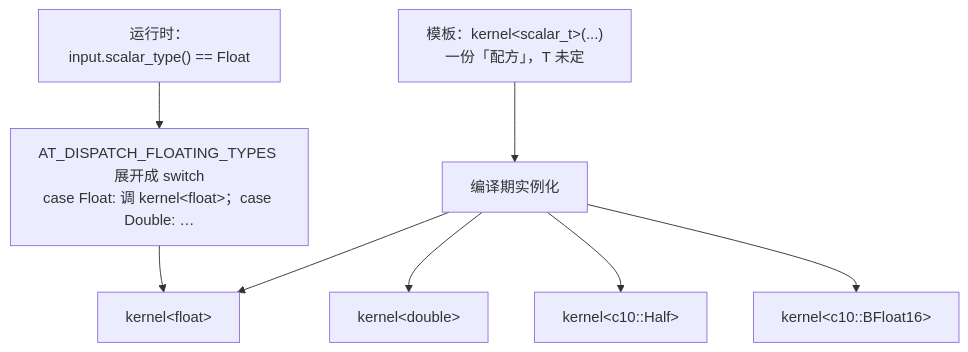
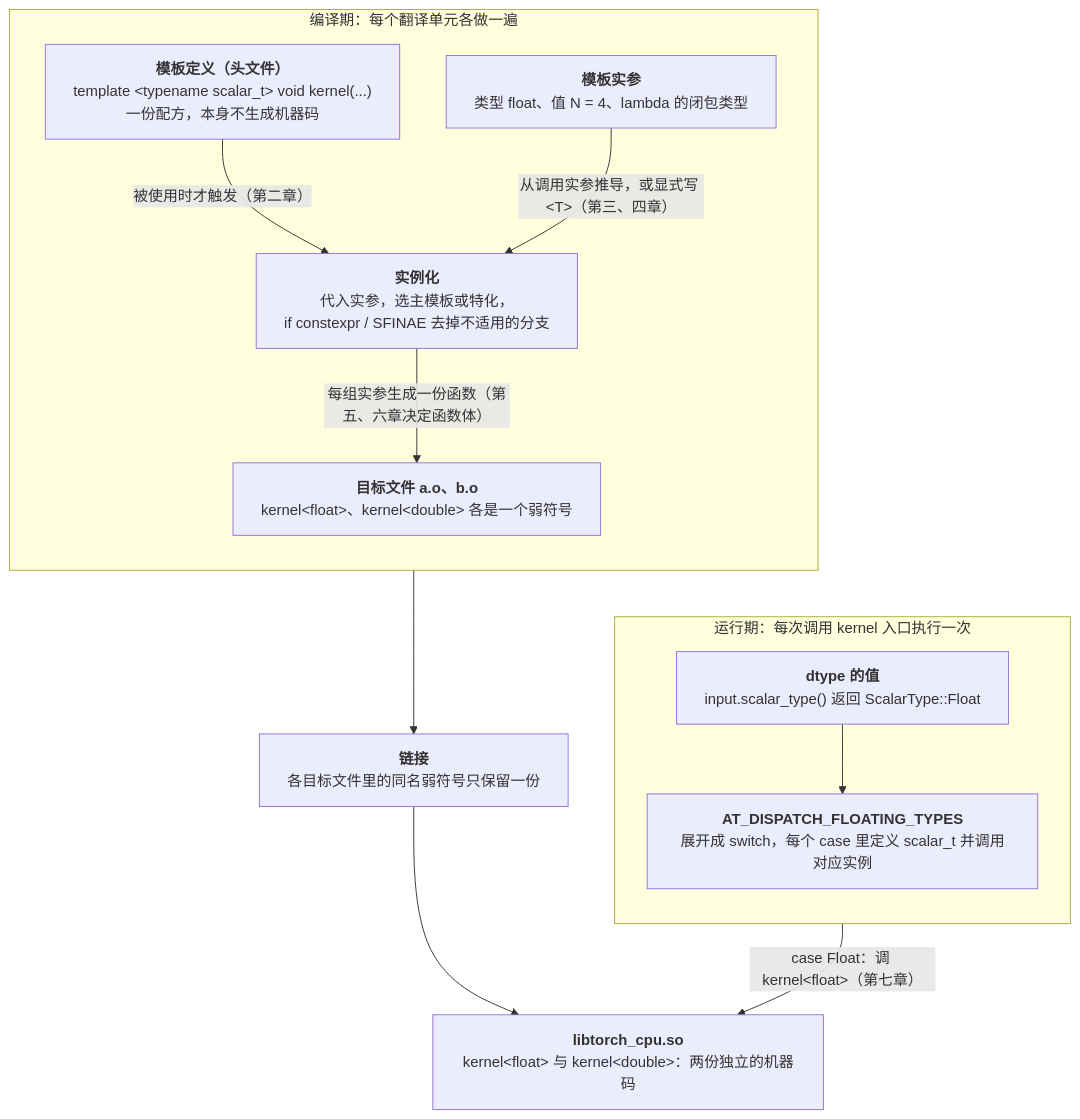
One commit to arganzheng/arganzheng.github.com changed the first of 4 diagrams in _posts/2026-02-07-cpp-templates-and-generic-programming.md. Above: the diagram before and after it, drawn with Mermaid. The commit also changed other lines of this file and 10 other files, not shown here.

First line of the commit message:
C++ 系列：各篇开头补机制总览图，Java 对照改为就近提示块（130 个）

````diff
--- a/_posts/2026-02-07-cpp-templates-and-generic-programming.md
+++ b/_posts/2026-02-07-cpp-templates-and-generic-programming.md
@@ -43,9 +43,26 @@
 ```mermaid
-%%{init: {"flowchart": {"wrappingWidth": 200}}}%%
-%% 图：编译期实例化与运行期分派：模板为每种 scalar_t 生成一份代码，AT_DISPATCH 在入口 switch 一次
+%%{init: {"flowchart": {"wrappingWidth": 360}}}%%
+%% 图：模板从定义到运行期调用的全过程：填实参、实例化、链接合并与入口 switch
 flowchart TB
-    T["模板：kernel&lt;scalar_t&gt;(...)<br/>一份「配方」，T 未定"] --> I["编译期实例化"]
-    I --> F["kernel&lt;float&gt;"] & D["kernel&lt;double&gt;"] & H["kernel&lt;c10::Half&gt;"] & B["kernel&lt;c10::BFloat16&gt;"]
-    RT["运行时：input.scalar_type() == Float"] --> SW["AT_DISPATCH_FLOATING_TYPES 展开成 switch<br/>case Float: 调 kernel&lt;float&gt;；case Double: …"]
-    SW --> F
+    subgraph CT["编译期：每个翻译单元各做一遍"]
+        direction TB
+        DEF["<b>模板定义（头文件）</b><br/>template &lt;typename scalar_t&gt; void kernel(...)<br/>一份配方，本身不生成机器码"]
+        ARG["<b>模板实参</b><br/>类型 float、值 N = 4、lambda 的闭包类型"]
+        INST["<b>实例化</b><br/>代入实参，选主模板或特化，<br/>if constexpr / SFINAE 去掉不适用的分支"]
+        OBJ["<b>目标文件 a.o、b.o</b><br/>kernel&lt;float&gt;、kernel&lt;double&gt; 各是一个弱符号"]
+        DEF -- "被使用时才触发（第二章）" --> INST
+        ARG -- "从调用实参推导，或显式写 &lt;T&gt;（第三、四章）" --> INST
+        INST -- "每组实参生成一份函数（第五、六章决定函数体）" --> OBJ
+    end
+    LNK["<b>链接</b><br/>各目标文件里的同名弱符号只保留一份"]
+    LIB["<b>libtorch_cpu.so</b><br/>kernel&lt;float&gt; 与 kernel&lt;double&gt;：两份独立的机器码"]
+    OBJ --> LNK
+    LNK --> LIB
+    subgraph RT["运行期：每次调用 kernel 入口执行一次"]
+        direction TB
+        DT["<b>dtype 的值</b><br/>input.scalar_type() 返回 ScalarType::Float"]
+        SW["<b>AT_DISPATCH_FLOATING_TYPES</b><br/>展开成 switch，每个 case 里定义 scalar_t 并调用对应实例"]
+        DT --> SW
+    end
+    SW -- "case Float：调 kernel&lt;float&gt;（第七章）" --> LIB
 ```
````
